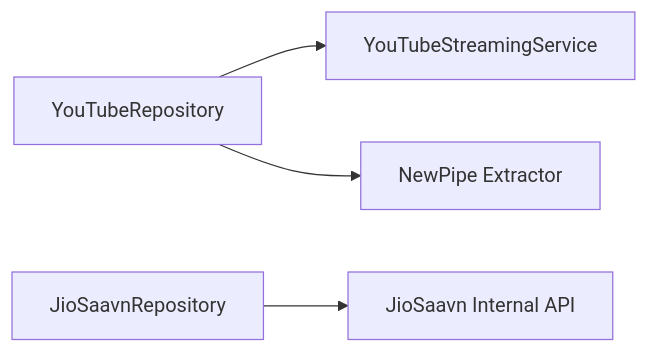
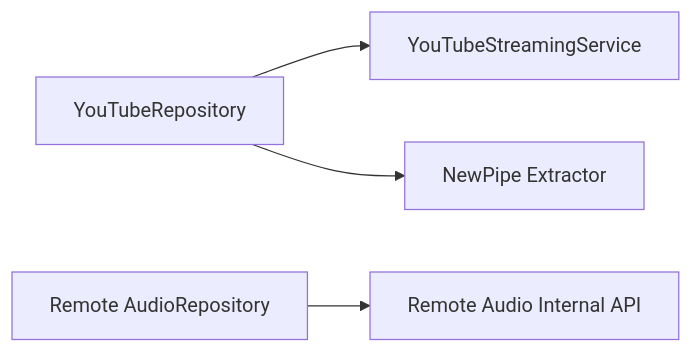
One commit to suvojeet-sengupta/SuvMusic changed the seventh of 10 diagrams in docs/Download Management/Download Quality and Format.md. Above: the diagram before and after it, drawn with Mermaid. The commit also changed other lines of this file and 32 other files, not shown here.

````diff
--- a/docs/Download Management/Download Quality and Format.md
+++ b/docs/Download Management/Download Quality and Format.md
@@ -324,6 +324,6 @@
 ```mermaid
 graph LR
 YTRepo["YouTubeRepository"] --> YTSvc["YouTubeStreamingService"]
 YTRepo --> NP["NewPipe Extractor"]
-JSRepo["JioSaavnRepository"] --> API["JioSaavn Internal API"]
+JSRepo["Remote AudioRepository"] --> API["Remote Audio Internal API"]
 ```
````
